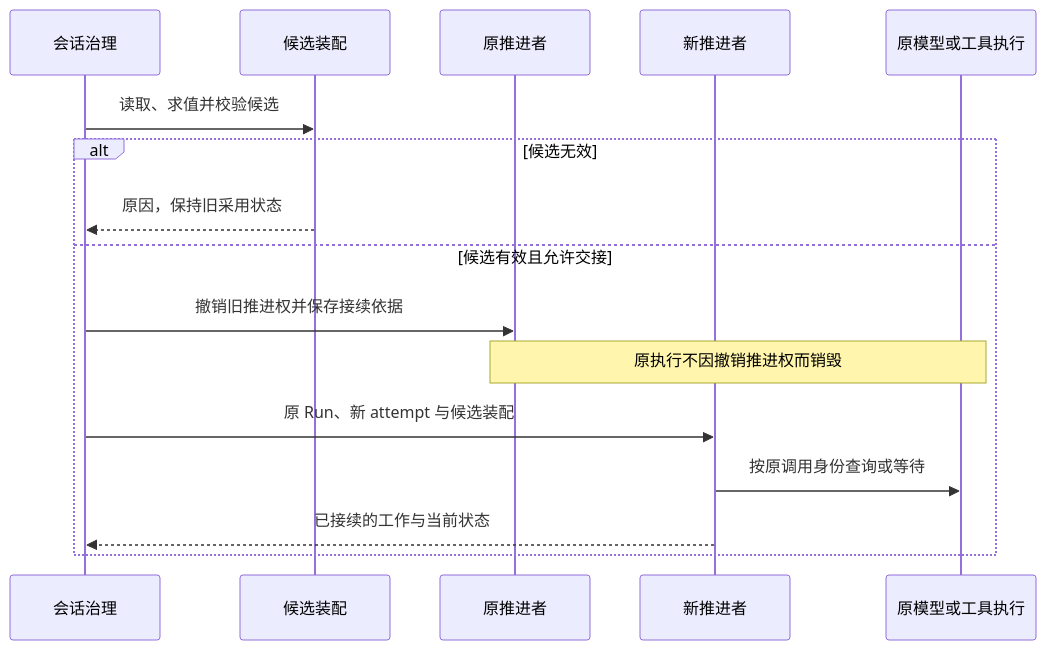
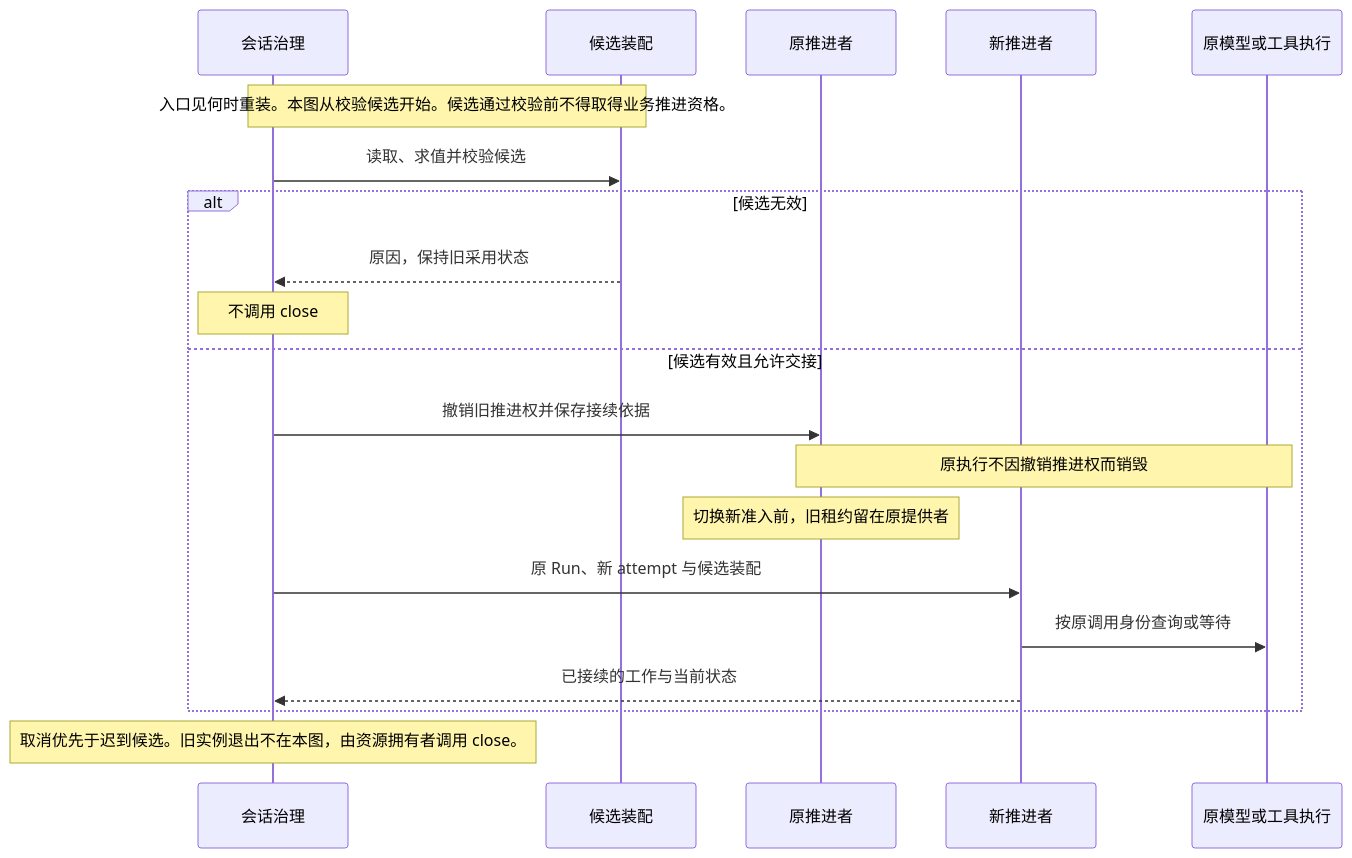
Before and after one commit to nemori-ai/omne-harness-lite: the second of 2 diagrams in docs/architecture/runtime/assembly-and-change.md, drawn with Mermaid. The commit also changed other lines of this file and 6 other files, not shown here.

First line of the commit message:
docs(assembly): 补齐采用切换的缺口并分开两张图

````diff
--- a/docs/architecture/runtime/assembly-and-change.md
+++ b/docs/architecture/runtime/assembly-and-change.md
@@ -85,18 +85,22 @@
 ```mermaid
 sequenceDiagram
     participant G as 会话治理
     participant P as 候选装配
     participant O as 原推进者
     participant N as 新推进者
     participant X as 原模型或工具执行
+    Note over G,P: 入口见何时重装。本图从校验候选开始。候选通过校验前不得取得业务推进资格。
     G->>P: 读取、求值并校验候选
     alt 候选无效
         P-->>G: 原因，保持旧采用状态
+        Note over G: 不调用 close
     else 候选有效且允许交接
         G->>O: 撤销旧推进权并保存接续依据
         Note over O,X: 原执行不因撤销推进权而销毁
+        Note over O: 切换新准入前，旧租约留在原提供者
         G->>N: 原 Run、新 attempt 与候选装配
         N->>X: 按原调用身份查询或等待
         N-->>G: 已接续的工作与当前状态
     end
+    Note over G: 取消优先于迟到候选。旧实例退出不在本图，由资源拥有者调用 close。
 ```
````
